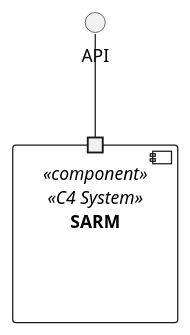
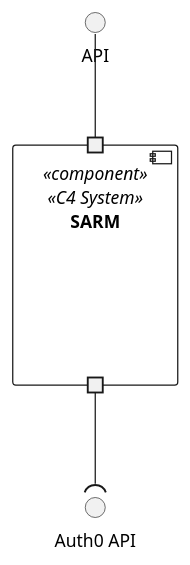
One commit to 1220846/sem5pi-24-25-3ddg20 changed the diagram in docs/views/level1/logic-view.puml. Above: the diagram before and after it, drawn with PlantUML. The commit also changed 2 other files, not shown here.

```diff
--- a/docs/views/level1/logic-view.puml
+++ b/docs/views/level1/logic-view.puml
@@ -1,13 +1,15 @@
 @startuml logic-view
 top to bottom direction
 
 interface "API" as API
+interface "Auth0 API" as A0API
 
 component "SARM" <<component>> <<C4 System>> {
     portin " " as PI
-    
+    portout " " as PI1
 }
 
 API -- PI
+PI1 --( A0API
 
 @enduml
```
